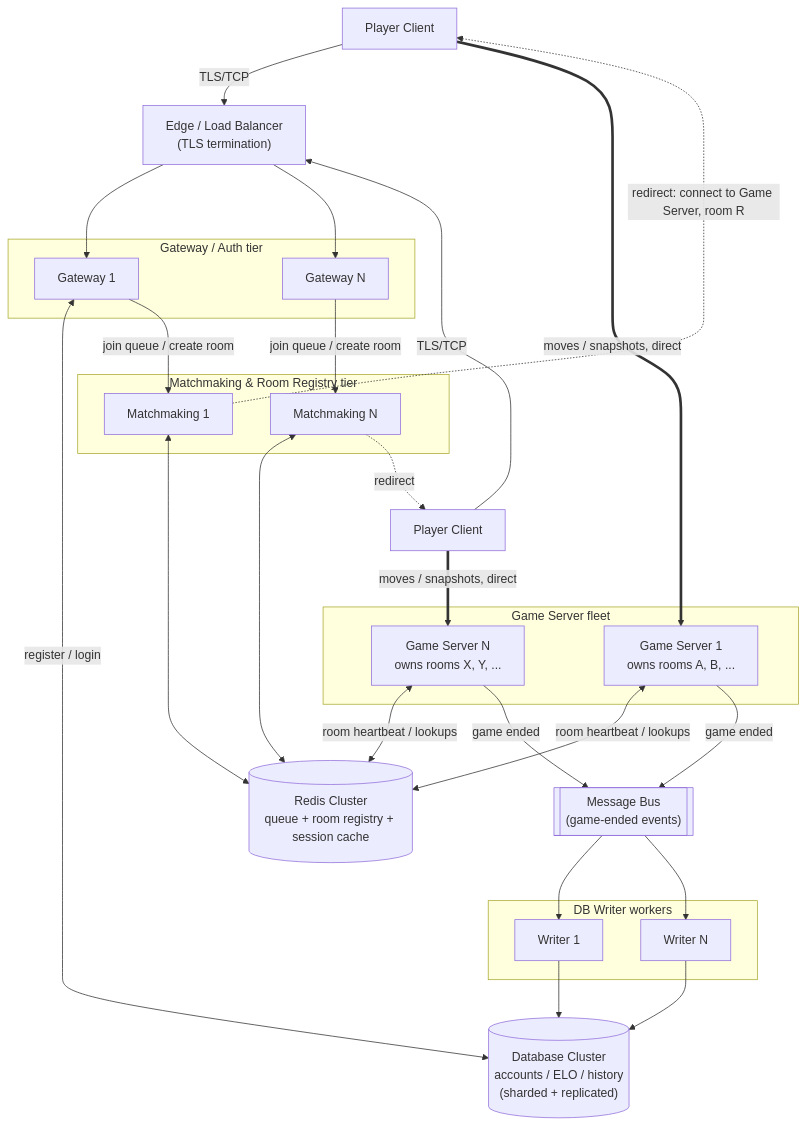
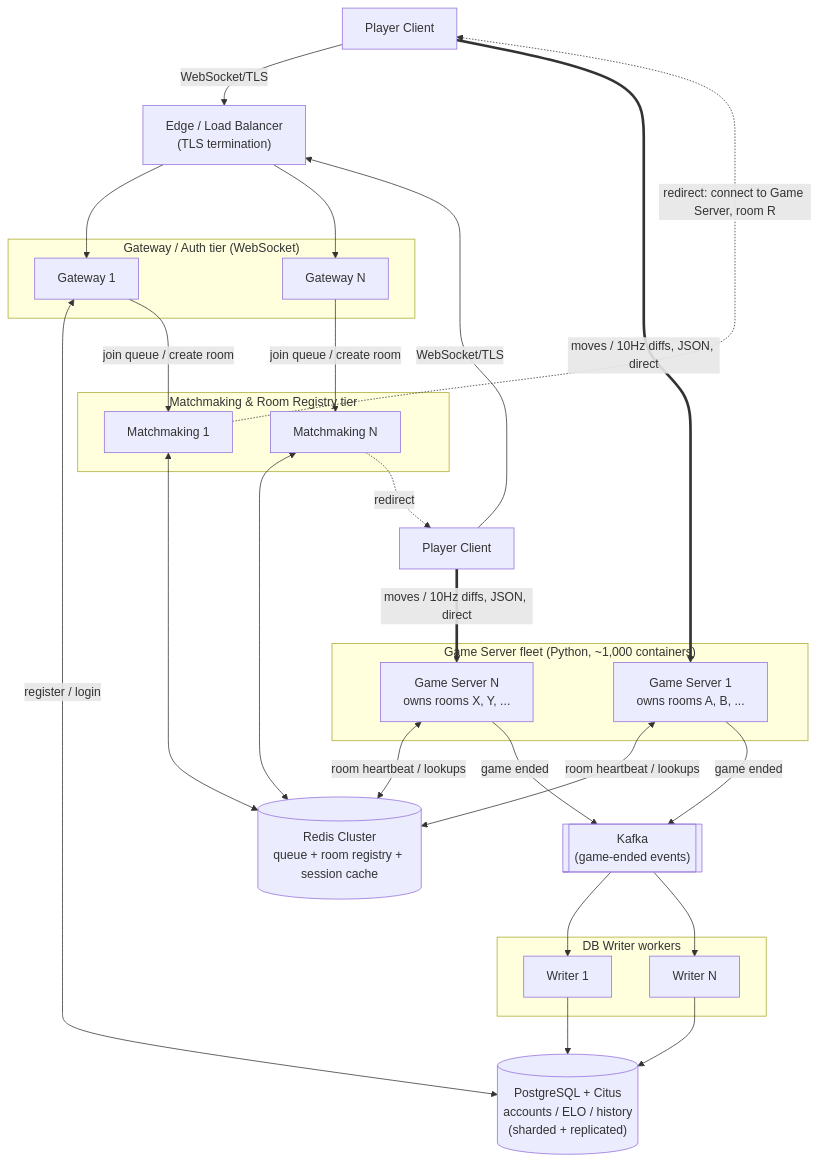
Before and after one commit to Yocheved4427/Kungfu_chess: the diagram in Server_Design.md, drawn with Mermaid. The commit also changed other lines of this file, not shown here.

````diff
--- a/Server_Design.md
+++ b/Server_Design.md
@@ -322,55 +183,55 @@
 ```mermaid
 flowchart TB
     C1["Player Client"]
     C2["Player Client"]
 
     LB["Edge / Load Balancer<br/>(TLS termination)"]
 
-    subgraph gwtier ["Gateway / Auth tier"]
+    subgraph gwtier ["Gateway / Auth tier (WebSocket)"]
         GW1["Gateway 1"]
         GW2["Gateway N"]
     end
 
     subgraph mmtier ["Matchmaking & Room Registry tier"]
         MM1["Matchmaking 1"]
         MM2["Matchmaking N"]
     end
 
     Redis[("Redis Cluster<br/>queue + room registry + session cache")]
 
-    subgraph gstier ["Game Server fleet"]
+    subgraph gstier ["Game Server fleet (Python, ~1,000 containers)"]
         GS1["Game Server 1<br/>owns rooms A, B, ..."]
         GS2["Game Server N<br/>owns rooms X, Y, ..."]
     end
 
-    Bus[["Message Bus<br/>(game-ended events)"]]
+    Bus[["Kafka<br/>(game-ended events)"]]
 
     subgraph wtier ["DB Writer workers"]
         W1["Writer 1"]
         W2["Writer N"]
     end
 
-    DB[("Database Cluster<br/>accounts / ELO / history<br/>(sharded + replicated)")]
+    DB[("PostgreSQL + Citus<br/>accounts / ELO / history<br/>(sharded + replicated)")]
 
-    C1 -->|TLS/TCP| LB
-    C2 -->|TLS/TCP| LB
+    C1 -->|WebSocket/TLS| LB
+    C2 -->|WebSocket/TLS| LB
     LB --> GW1
     LB --> GW2
     GW1 <-->|register / login| DB
     GW1 -->|join queue / create room| MM1
     GW2 -->|join queue / create room| MM2
     MM1 <--> Redis
     MM2 <--> Redis
     MM1 -.->|"redirect: connect to Game Server, room R"| C1
     MM2 -.->|redirect| C2
-    C1 ==>|moves / snapshots, direct| GS1
-    C2 ==>|moves / snapshots, direct| GS2
+    C1 ==>|"moves / 10Hz diffs, JSON, direct"| GS1
+    C2 ==>|"moves / 10Hz diffs, JSON, direct"| GS2
     GS1 <-->|room heartbeat / lookups| Redis
     GS2 <-->|room heartbeat / lookups| Redis
     GS1 -->|game ended| Bus
     GS2 -->|game ended| Bus
     Bus --> W1
     Bus --> W2
     W1 --> DB
     W2 --> DB
 ```
````
